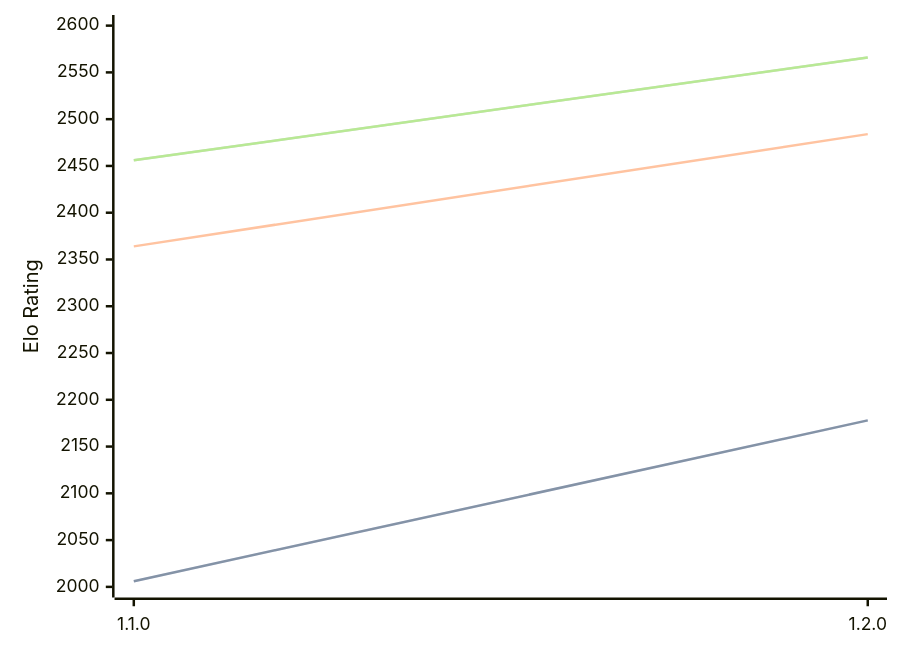
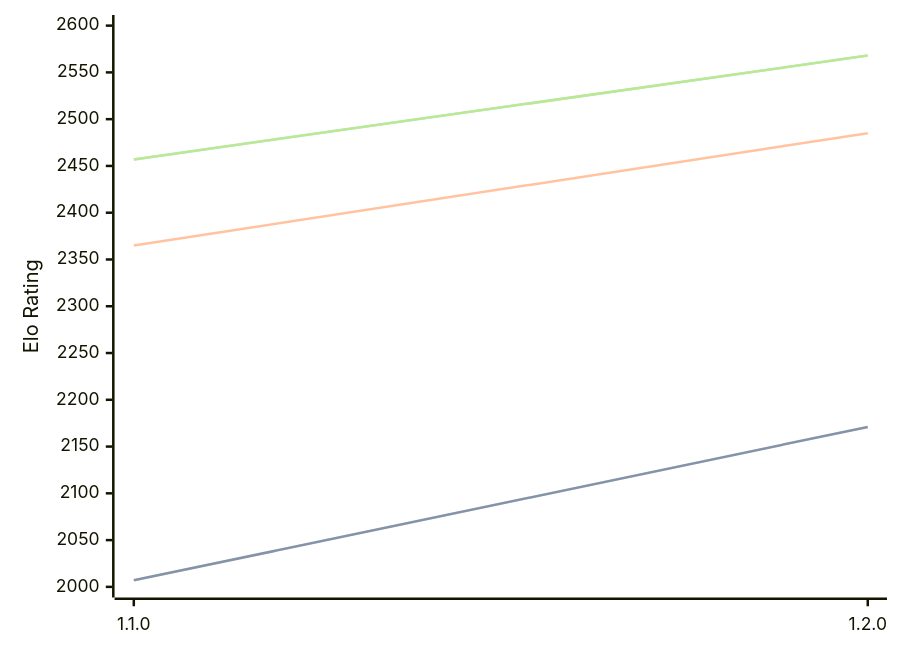
One commit to computer-chess-index/cci changed the diagram in engines/Gyatso.md. Above: the diagram before and after it, drawn with Mermaid. The commit also changed other lines of this file, not shown here.

Commit message:
Update CCI Ratings (ELO VLTC) - 2026-02-21

````diff
--- a/engines/Gyatso.md
+++ b/engines/Gyatso.md
@@ -30,11 +30,11 @@
 ```mermaid
 %%{init: {"theme":"base","themeVariables":{"seriesColors:['#a3a3a3','#222221','#faa371']}}}%%
 xychart-beta
   x-axis ["1.1.0", "1.2.0"]
   y-axis "Elo Rating" 2000 --> 2600
-  line "STC (8.0+0.08s)" [2006, 2178]
-  line "STC (8.0+0.08s)" [2006, 2178]
-  line "LTC (60.0+0.60s)" [2364, 2484]
-  line "VLTC (2m24s+1.12s)" [2456, 2566]
-  line "VLTC (2m24s+1.12s)" [2456, 2566]
+  line "STC (8.0+0.08s)" [2007, 2171]
+  line "STC (8.0+0.08s)" [2007, 2171]
+  line "LTC (60.0+0.60s)" [2365, 2485]
+  line "VLTC (2m24s+1.12s)" [2457, 2568]
+  line "VLTC (2m24s+1.12s)" [2457, 2568]
 ```
````
